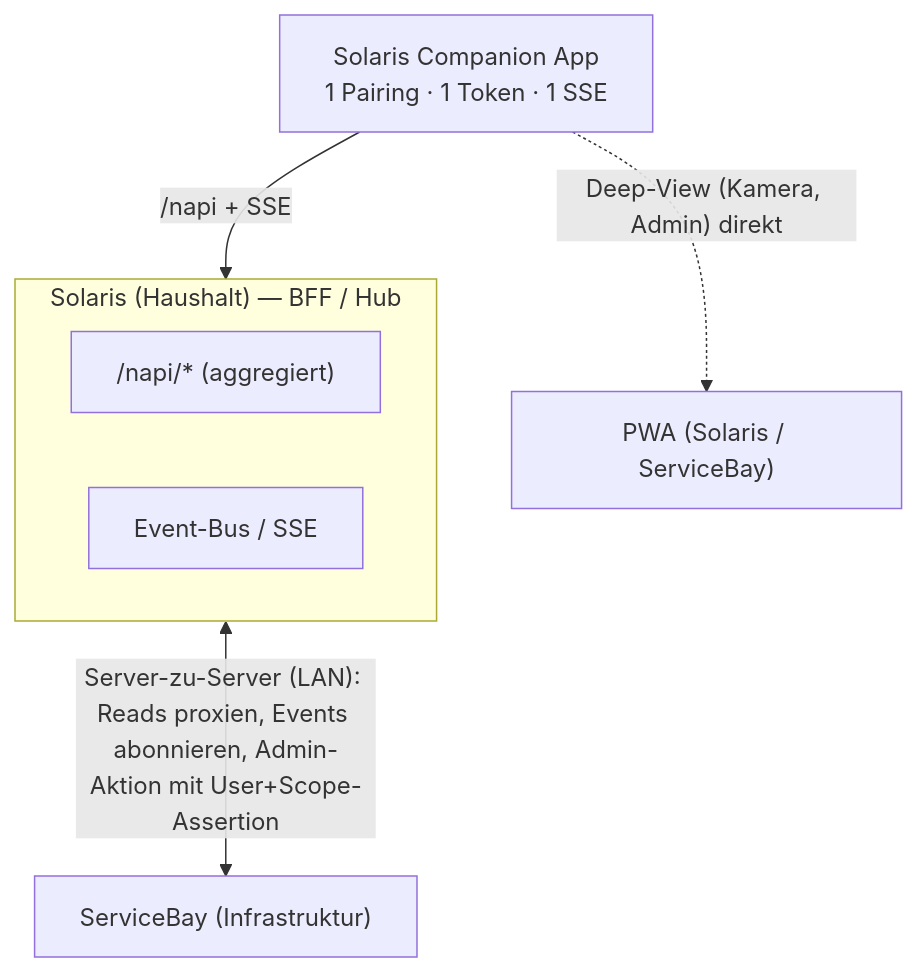
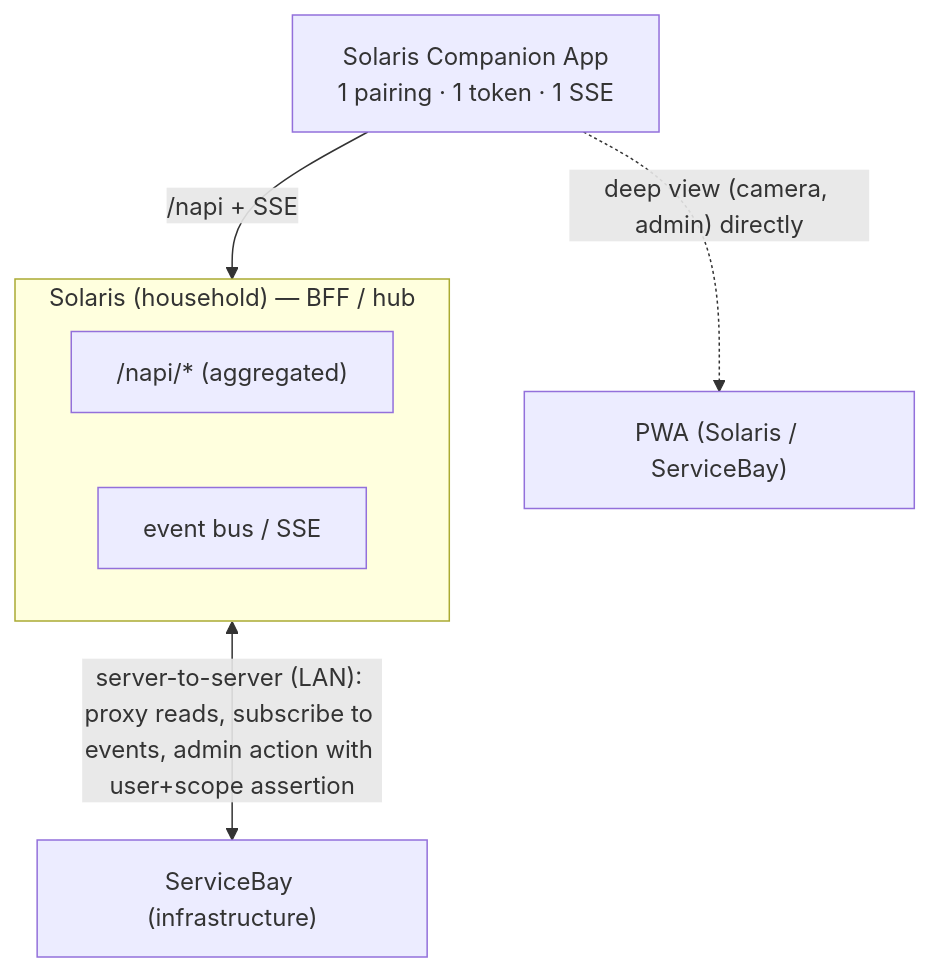
Before and after one commit to mdopp/servicebay: the diagram in assists/adr-0011-app-integrations-aggregate-server-side.md, drawn with Mermaid. The commit also changed other lines of this file and 9 other files, not shown here.

````diff
--- a/assists/adr-0011-app-integrations-aggregate-server-side.md
+++ b/assists/adr-0011-app-integrations-aggregate-server-side.md
@@ -26,13 +26,13 @@
 ```mermaid
 flowchart TB
-  APP["Solaris Companion App<br/>1 Pairing · 1 Token · 1 SSE"]
-  subgraph HUB["Solaris (Haushalt) — BFF / Hub"]
-    NAPI["/napi/* (aggregiert)"]
-    BUS["Event-Bus / SSE"]
+  APP["Solaris Companion App<br/>1 pairing · 1 token · 1 SSE"]
+  subgraph HUB["Solaris (household) — BFF / hub"]
+    NAPI["/napi/* (aggregated)"]
+    BUS["event bus / SSE"]
   end
-  SB["ServiceBay (Infrastruktur)"]
+  SB["ServiceBay (infrastructure)"]
   PWA["PWA (Solaris / ServiceBay)"]
   APP -->|"/napi + SSE"| HUB
-  HUB <-->|"Server-zu-Server (LAN): Reads proxien, Events abonnieren, Admin-Aktion mit User+Scope-Assertion"| SB
-  APP -.->|"Deep-View (Kamera, Admin) direkt"| PWA
+  HUB <-->|"server-to-server (LAN): proxy reads, subscribe to events, admin action with user+scope assertion"| SB
+  APP -.->|"deep view (camera, admin) directly"| PWA
 ```
````
